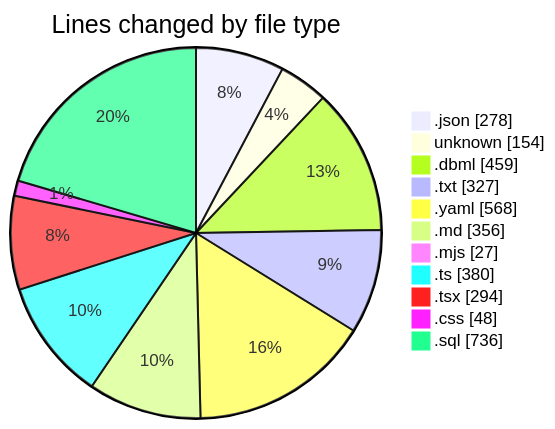
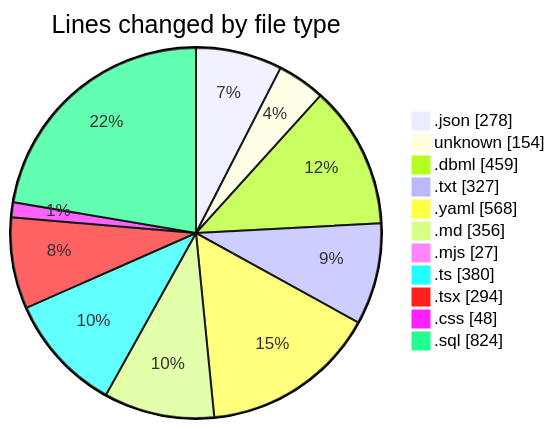
The first of 2 diagrams in 2025-10-02/oura-api/README.md (mevix1/code-tracking), drawn with Mermaid before and after one commit. The commit also changed other lines of this file and 1 other file, not shown here.

````diff
--- a/2025-10-02/oura-api/README.md
+++ b/2025-10-02/oura-api/README.md
@@ -54,15 +55,15 @@
 ```mermaid
 pie showData
 title Lines changed by file type
 ".json" : 278
 "unknown" : 154
 ".dbml" : 459
 ".txt" : 327
 ".yaml" : 568
 ".md" : 356
 ".mjs" : 27
 ".ts" : 380
 ".tsx" : 294
 ".css" : 48
-".sql" : 736
+".sql" : 824
 ```
````
